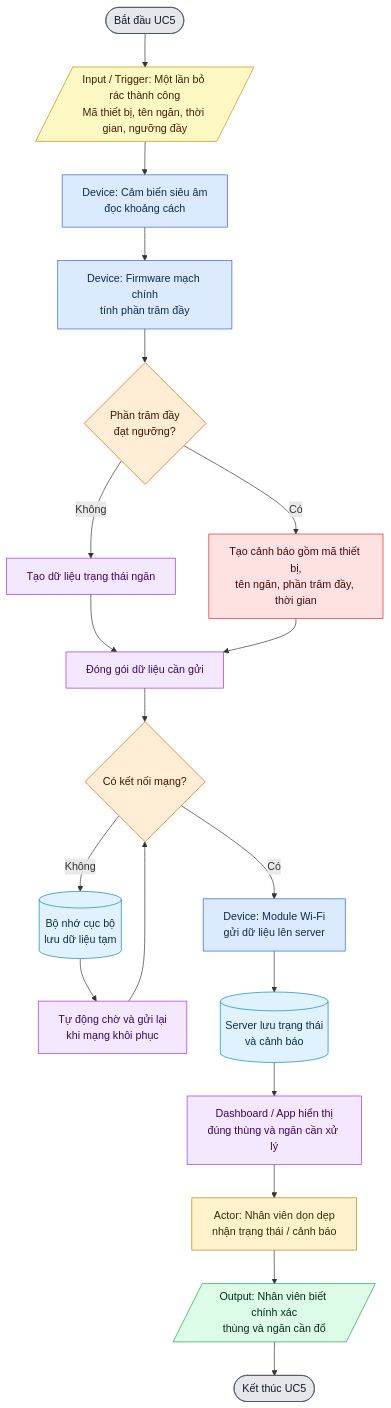
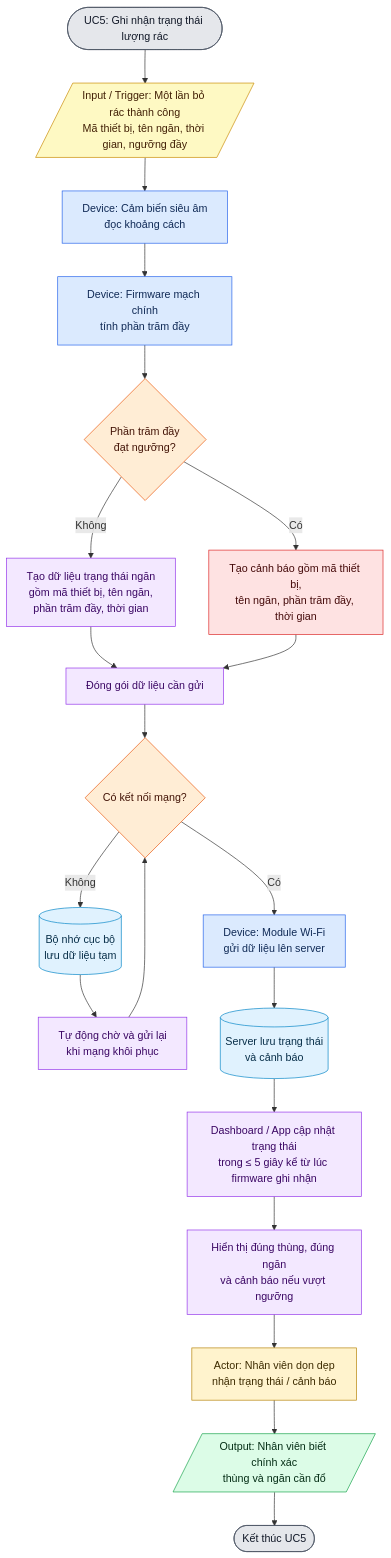
One commit to ariesanhthu/AIOT-SMART-TRASH-BIN changed the diagram in FLOWCHART/UC05_ghi_nhan_trang_thai_luong_rac.mmd. Above: the diagram before and after it, drawn with Mermaid. The commit also changed 11 other files, not shown here.

Commit message:
update: fix flowcharts

```diff
--- a/FLOWCHART/UC05_ghi_nhan_trang_thai_luong_rac.mmd
+++ b/FLOWCHART/UC05_ghi_nhan_trang_thai_luong_rac.mmd
@@ -1,45 +1,46 @@
 flowchart TD
-    start([Bắt đầu UC5])
+    start([UC5: Ghi nhận trạng thái lượng rác])
     trigger[/"Input / Trigger: Một lần bỏ rác thành công<br/>Mã thiết bị, tên ngăn, thời gian, ngưỡng đầy"/]
     sensor["Device: Cảm biến siêu âm<br/>đọc khoảng cách"]
     firmware["Device: Firmware mạch chính<br/>tính phần trăm đầy"]
     compare{"Phần trăm đầy<br/>đạt ngưỡng?"}
-    status["Tạo dữ liệu trạng thái ngăn"]
+    status["Tạo dữ liệu trạng thái ngăn<br/>gồm mã thiết bị, tên ngăn,<br/>phần trăm đầy, thời gian"]
     alert["Tạo cảnh báo gồm mã thiết bị,<br/>tên ngăn, phần trăm đầy, thời gian"]
     payload["Đóng gói dữ liệu cần gửi"]
     network{"Có kết nối mạng?"}
     local[("Bộ nhớ cục bộ<br/>lưu dữ liệu tạm")]
     retry["Tự động chờ và gửi lại<br/>khi mạng khôi phục"]
     wifi["Device: Module Wi-Fi<br/>gửi dữ liệu lên server"]
     server[("Server lưu trạng thái<br/>và cảnh báo")]
-    dashboard["Dashboard / App hiển thị<br/>đúng thùng và ngăn cần xử lý"]
+    dashboard["Dashboard / App cập nhật trạng thái<br/>trong ≤ 5 giây kể từ lúc firmware ghi nhận"]
+    display["Hiển thị đúng thùng, đúng ngăn<br/>và cảnh báo nếu vượt ngưỡng"]
     actor["Actor: Nhân viên dọn dẹp<br/>nhận trạng thái / cảnh báo"]
     output[/"Output: Nhân viên biết chính xác<br/>thùng và ngăn cần đổ"/]
     finish([Kết thúc UC5])
 
     start --> trigger --> sensor --> firmware --> compare
     compare -- Không --> status --> payload
     compare -- Có --> alert --> payload
     payload --> network
     network -- Không --> local --> retry --> network
-    network -- Có --> wifi --> server --> dashboard --> actor --> output --> finish
+    network -- Có --> wifi --> server --> dashboard --> display --> actor --> output --> finish
 
     classDef actor fill:#fff3cd,stroke:#b58105,color:#3d2b00;
     classDef device fill:#dbeafe,stroke:#2563eb,color:#102a56;
     classDef input fill:#fef9c3,stroke:#ca8a04,color:#422006;
     classDef process fill:#f3e8ff,stroke:#9333ea,color:#3b0764;
     classDef decision fill:#ffedd5,stroke:#ea580c,color:#431407;
     classDef output fill:#dcfce7,stroke:#16a34a,color:#052e16;
     classDef warning fill:#fee2e2,stroke:#dc2626,color:#450a0a;
     classDef data fill:#e0f2fe,stroke:#0284c7,color:#082f49;
     classDef terminal fill:#e5e7eb,stroke:#4b5563,color:#111827;
 
     class actor actor;
     class sensor,firmware,wifi device;
     class trigger input;
-    class status,payload,retry,dashboard process;
+    class status,payload,retry,dashboard,display process;
     class compare,network decision;
     class output output;
     class alert warning;
     class local,server data;
     class start,finish terminal;
```
